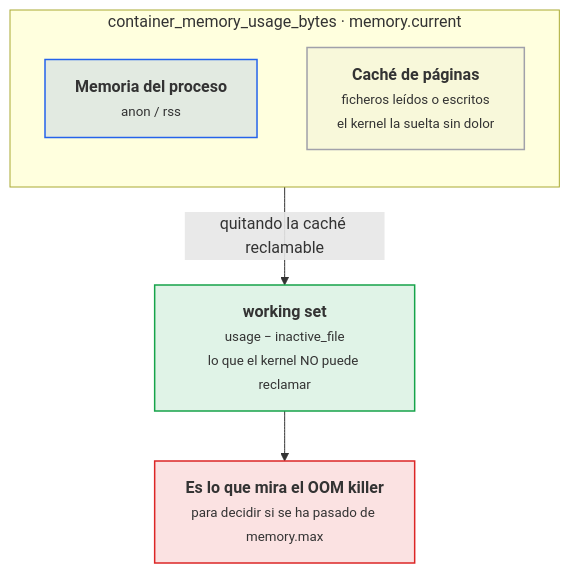
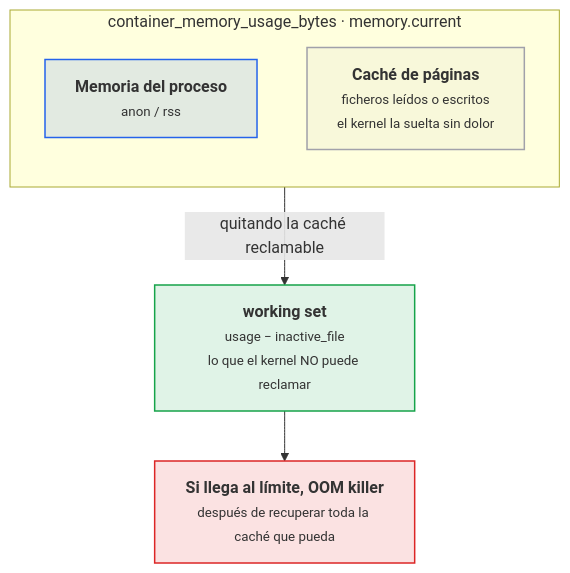
The third of 8 diagrams in docs/ut/ut1-observabilidad.md (victor-educ/apuntes-5169), drawn with Mermaid before and after one commit. The commit also changed other lines of this file and 8 other files, not shown here.

````diff
--- a/docs/ut/ut1-observabilidad.md
+++ b/docs/ut/ut1-observabilidad.md
@@ -157,17 +169,17 @@
 ```mermaid
 flowchart TB
     subgraph U["container_memory_usage_bytes · memory.current"]
         direction TB
         RSS["<b>Memoria del proceso</b><br><small>anon / rss</small>"]:::dato
         CACHE["<b>Caché de páginas</b><br><small>ficheros leídos o escritos<br>el kernel la suelta sin dolor</small>"]:::infra
     end
     WS["<b>working set</b><br><small>usage − inactive_file<br>lo que el kernel NO puede reclamar</small>"]:::ok
-    OOM["<b>Es lo que mira el OOM killer</b><br><small>para decidir si se ha pasado de memory.max</small>"]:::riesgo
+    OOM["<b>Si llega al límite, OOM killer</b><br><small>después de recuperar toda la caché que pueda</small>"]:::riesgo
     U -- "quitando la caché reclamable" --> WS --> OOM
     classDef act fill:#ea580c22,stroke:#ea580c,stroke-width:1.5px
     classDef pieza fill:#64748b22,stroke:#64748b,stroke-width:1.5px
     classDef dato fill:#2563eb22,stroke:#2563eb,stroke-width:1.5px
     classDef infra fill:#a1a1aa14,stroke:#a1a1aa,stroke-width:1.5px
     classDef ok fill:#16a34a22,stroke:#16a34a,stroke-width:1.5px
     classDef riesgo fill:#dc262622,stroke:#dc2626,stroke-width:1.5px
 ```
````
